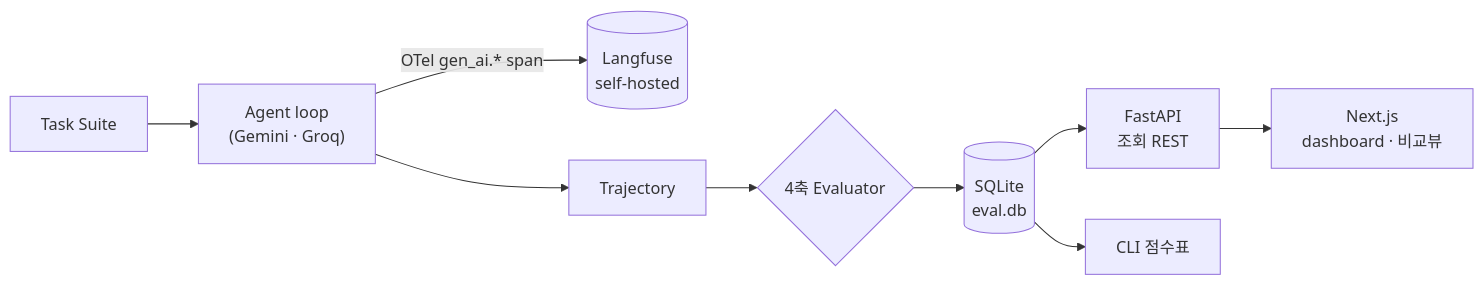
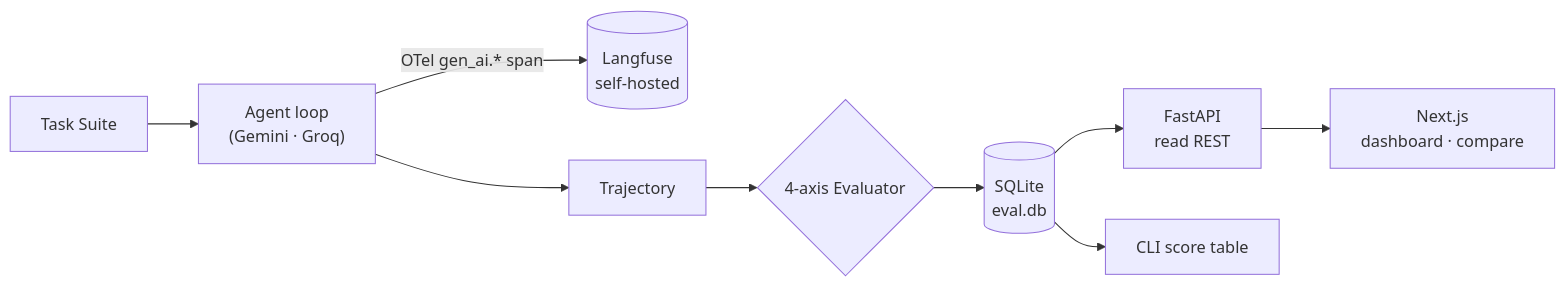
The diagram in README.md (songwookun/agent-eval-lab), drawn with Mermaid before and after one commit. The commit also changed other lines of this file and 1 other file, not shown here.

````diff
--- a/README.md
+++ b/README.md
@@ -13,11 +15,11 @@
 ```mermaid
 flowchart LR
     S[Task Suite] --> A["Agent loop<br/>(Gemini · Groq)"]
     A -->|"OTel gen_ai.* span"| O[("Langfuse<br/>self-hosted")]
     A --> T[Trajectory]
-    T --> E{4축 Evaluator}
+    T --> E{4-axis Evaluator}
     E --> DB[("SQLite<br/>eval.db")]
-    DB --> API["FastAPI<br/>조회 REST"]
-    API --> UI["Next.js<br/>dashboard · 비교뷰"]
-    DB --> CLI[CLI 점수표]
+    DB --> API["FastAPI<br/>read REST"]
+    API --> UI["Next.js<br/>dashboard · compare"]
+    DB --> CLI[CLI score table]
 ```
````
